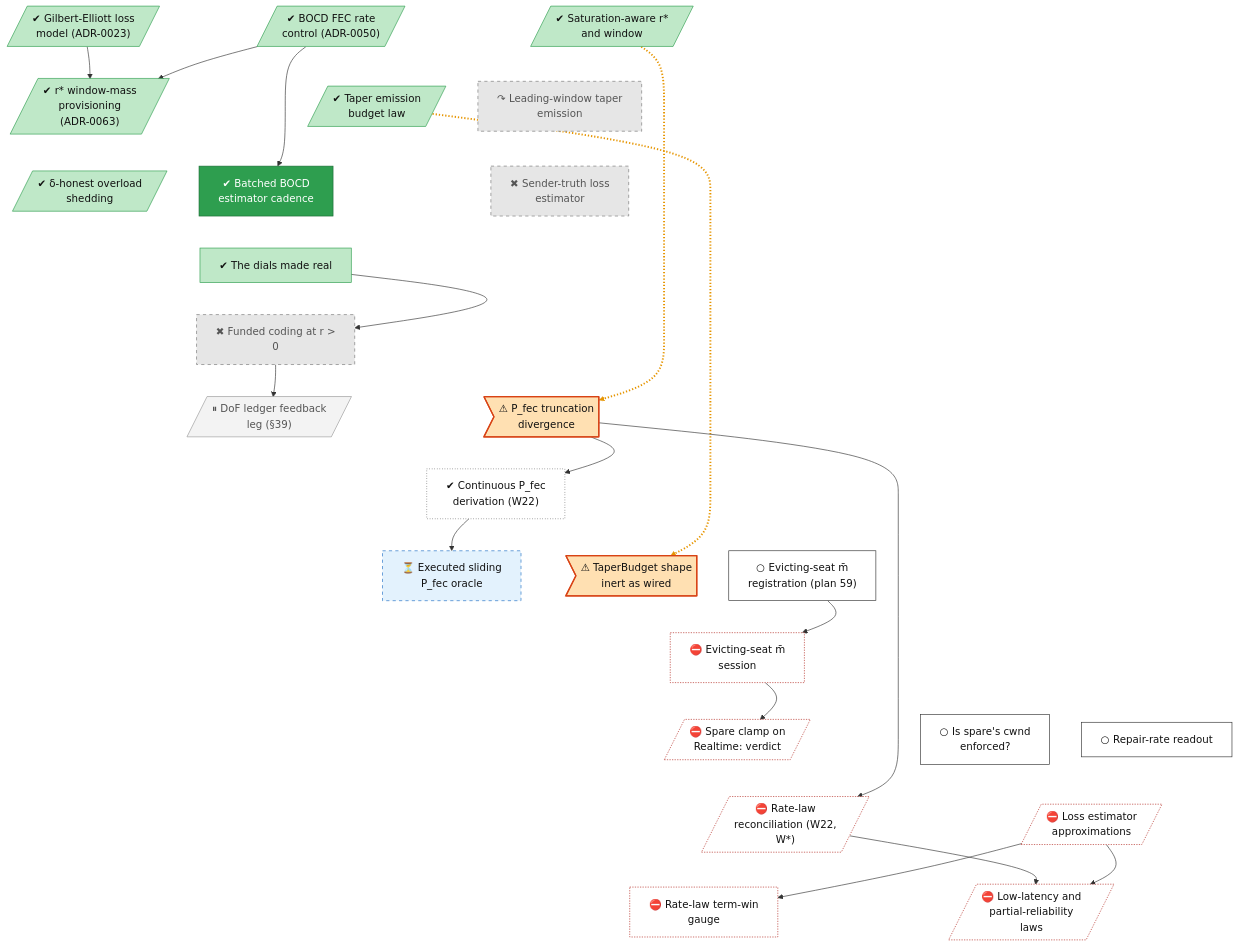
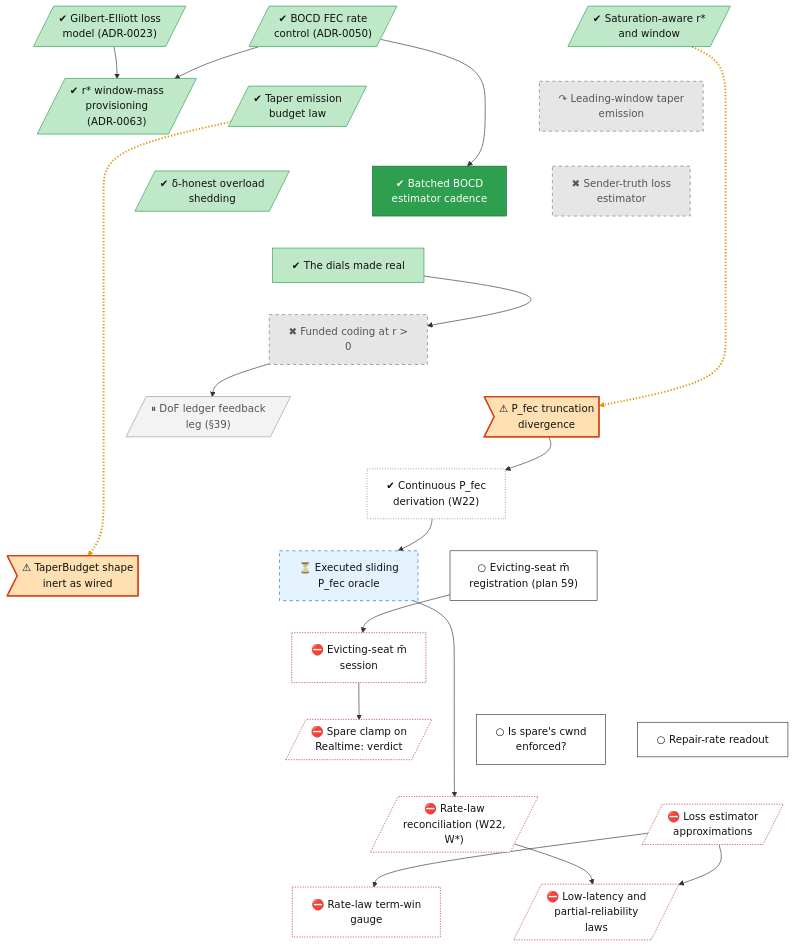
Before and after one commit to lhns/raptorpath: the diagram in docs/roadmap/tracks/rate.md, drawn with Mermaid. The commit also changed other lines of this file and 8 other files, not shown here.

First line of the commit message:
roadmap: T_cut fix note precise, rate-law reconcile waits on the P_fec oracle, goal #101 title

```diff
--- a/docs/roadmap/tracks/rate.md
+++ b/docs/roadmap/tracks/rate.md
@@ -73,7 +73,7 @@
     rate_pfec_continuous --> rate_pfec_oracle
     rate_evict_registration --> rate_evict_session
     rate_evict_session --> rate_spare_clamp_verdict
-    rate_defect_pfec --> rate_law_reconcile
+    rate_pfec_oracle --> rate_law_reconcile
     rate_fix_estimators --> rate_fix_term_gauge
     rate_law_reconcile --> rate_fix_rho_realtime
     rate_fix_estimators --> rate_fix_rho_realtime
```
